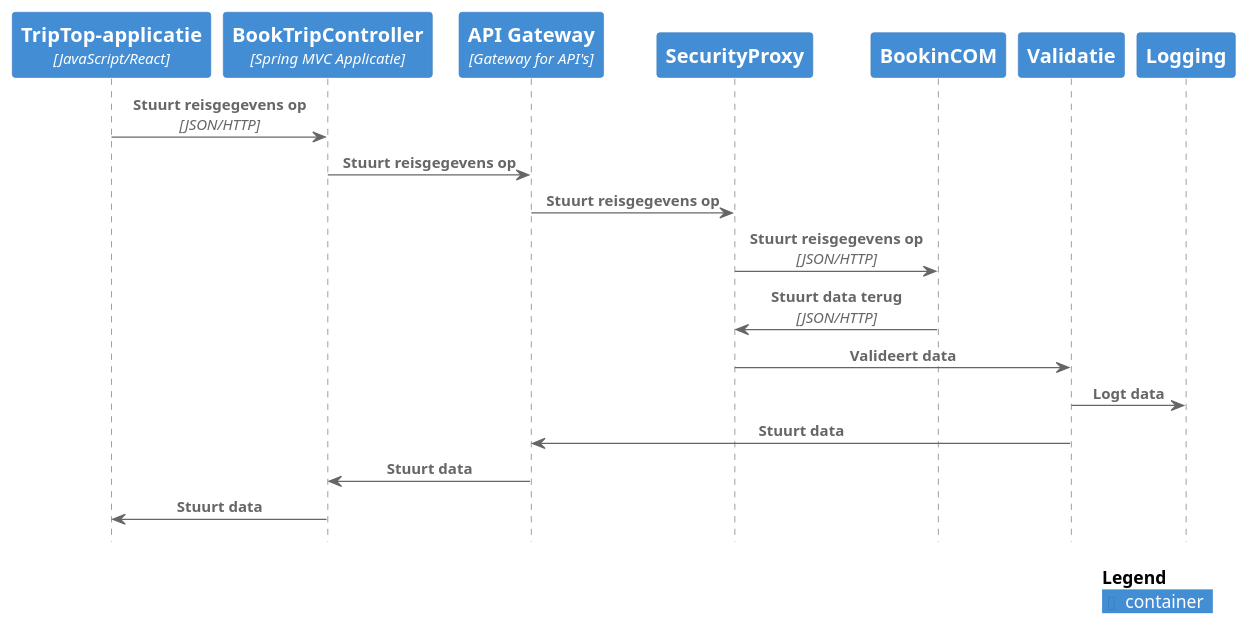
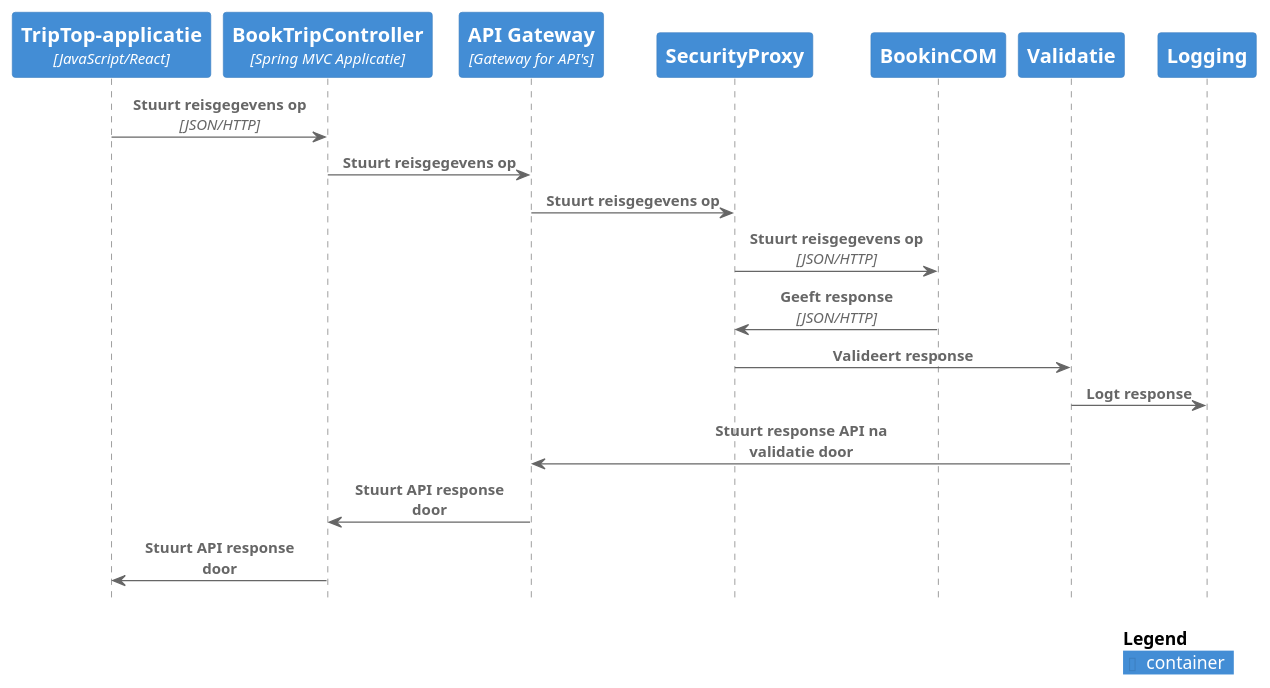
The diagram in Marijn/dynamicdiagramonderzoeksvraag.puml (AIM-ENE-feb25/triptop-dravende-dikdiks), drawn with PlantUML before and after one commit.

```diff
--- a/Marijn/dynamicdiagramonderzoeksvraag.puml
+++ b/Marijn/dynamicdiagramonderzoeksvraag.puml
@@ -1,30 +1,30 @@
 @startuml
 
 !include https://raw.githubusercontent.com/plantuml-stdlib/C4-PlantUML/master/C4_Sequence.puml
 
 Container(c1, "TripTop-applicatie", "JavaScript/React", "Provides all of the Internet banking functionality to customers via their web browser.")
 Container(c2, "BookTripController", "Spring MVC Applicatie")
 Container(c3, "API Gateway", "Gateway for API's", "Verbind backend met API's")
 Container(c4, "SecurityProxy", "")
 Container(c5, "BookinCOM", "")
 Container(c6, "Validatie", "")
 Container(c7, "Logging", "")
 
 
 Rel(c1, c2, "Stuurt reisgegevens op", "JSON/HTTP")
 Rel(c2, c3, "Stuurt reisgegevens op", "")
 Rel(c3, c4, "Stuurt reisgegevens op", "")
 Rel(c4, c5, "Stuurt reisgegevens op", "JSON/HTTP")
-Rel(c5, c4, "Stuurt data terug", "JSON/HTTP")
-Rel(c4, c6, "Valideert data", "")
-Rel(c6, c7, "Logt data", "")
-Rel(c6, c3, "Stuurt data", "")
-Rel(c3, c2, "Stuurt data", "")
-Rel(c2, c1, "Stuurt data", "")
+Rel(c5, c4, "Geeft response", "JSON/HTTP")
+Rel(c4, c6, "Valideert response", "")
+Rel(c6, c7, "Logt response", "")
+Rel(c6, c3, "Stuurt response API na validatie door", "")
+Rel(c3, c2, "Stuurt API response door", "")
+Rel(c2, c1, "Stuurt API response door", "")
 
 'Backend checkt of token valide is
 'Rel(c3, c5, " ", " ")
 
 
 SHOW_LEGEND()
 @enduml
```
